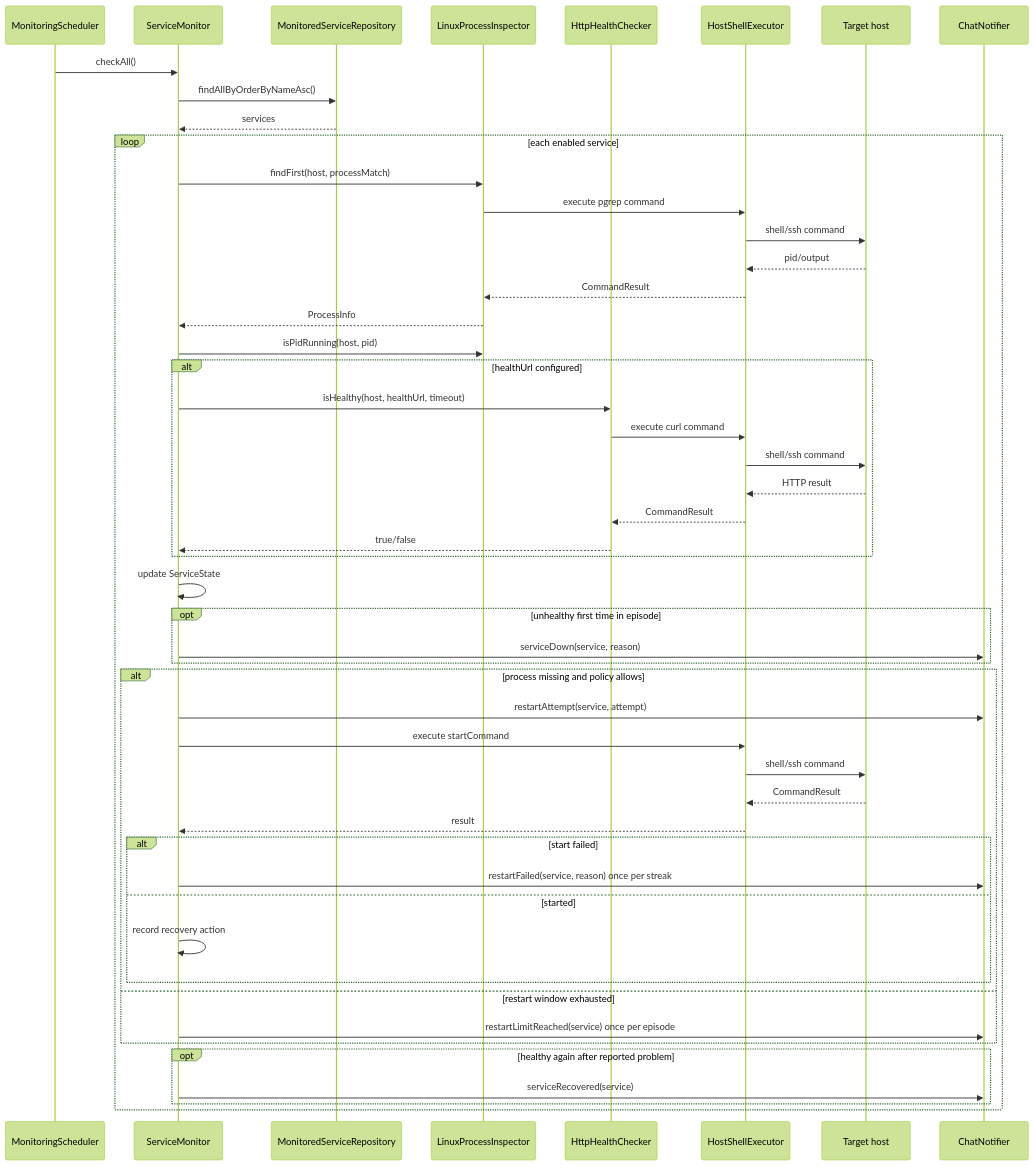
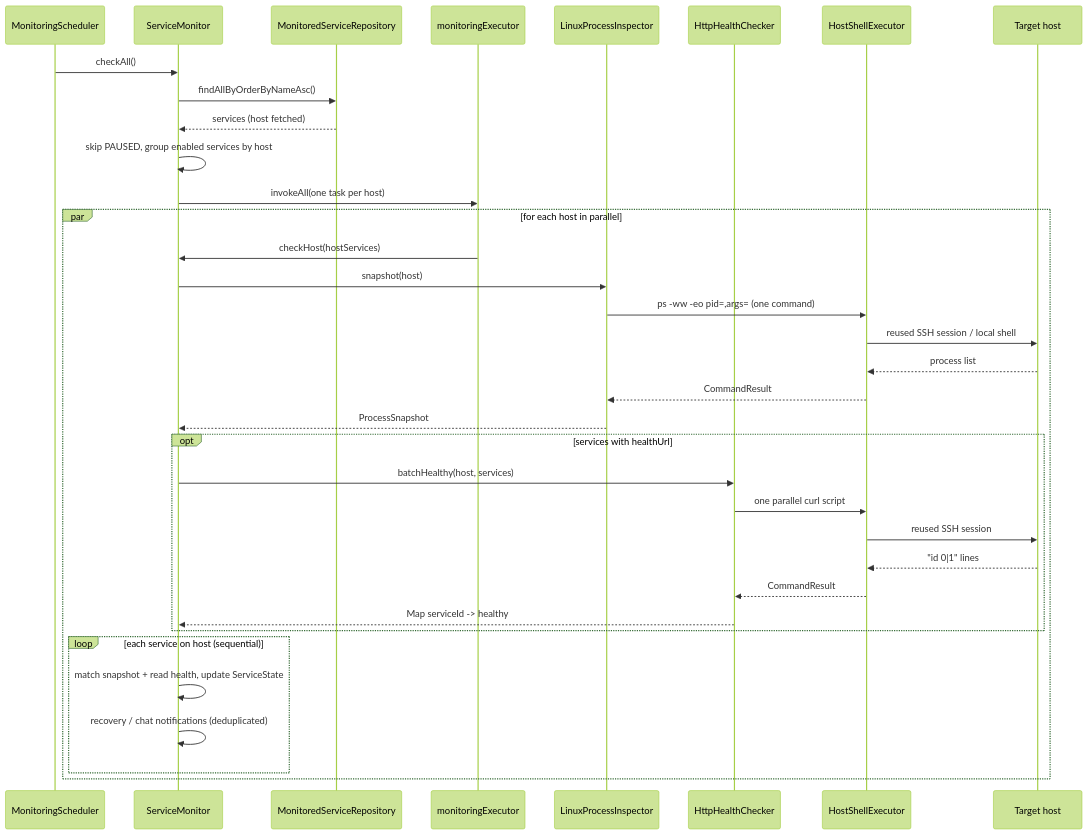
Before and after one commit to Keos99/host-guardian: the second of 5 diagrams in ARCHITECTURE_DESCRIPTION_RU.md, drawn with Mermaid (forest theme). The commit also changed other lines of this file and 17 other files, not shown here.

````diff
--- a/ARCHITECTURE_DESCRIPTION_RU.md
+++ b/ARCHITECTURE_DESCRIPTION_RU.md
@@ -252,53 +258,38 @@
 ```mermaid
 sequenceDiagram
     participant S as MonitoringScheduler
     participant M as ServiceMonitor
     participant R as MonitoredServiceRepository
+    participant X as monitoringExecutor
     participant P as LinuxProcessInspector
     participant H as HttpHealthChecker
     participant E as HostShellExecutor
     participant T as Target host
-    participant N as ChatNotifier
 
     S->>M: checkAll()
     M->>R: findAllByOrderByNameAsc()
-    R-->>M: services
-    loop each enabled service
-        M->>P: findFirst(host, processMatch)
-        P->>E: execute pgrep command
-        E->>T: shell/ssh command
-        T-->>E: pid/output
+    R-->>M: services (host fetched)
+    M->>M: skip PAUSED, group enabled services by host
+    M->>X: invokeAll(one task per host)
+    par for each host in parallel
+        X->>M: checkHost(hostServices)
+        M->>P: snapshot(host)
+        P->>E: ps -ww -eo pid=,args= (one command)
+        E->>T: reused SSH session / local shell
+        T-->>E: process list
         E-->>P: CommandResult
-        P-->>M: ProcessInfo
-        M->>P: isPidRunning(host, pid)
-        alt healthUrl configured
-            M->>H: isHealthy(host, healthUrl, timeout)
-            H->>E: execute curl command
-            E->>T: shell/ssh command
-            T-->>E: HTTP result
+        P-->>M: ProcessSnapshot
+        opt services with healthUrl
+            M->>H: batchHealthy(host, services)
+            H->>E: one parallel curl script
+            E->>T: reused SSH session
+            T-->>E: "id 0|1" lines
             E-->>H: CommandResult
-            H-->>M: true/false
+            H-->>M: Map serviceId -> healthy
         end
-        M->>M: update ServiceState
-        opt unhealthy first time in episode
-            M->>N: serviceDown(service, reason)
-        end
-        alt process missing and policy allows
-            M->>N: restartAttempt(service, attempt)
-            M->>E: execute startCommand
-            E->>T: shell/ssh command
-            T-->>E: CommandResult
-            E-->>M: result
-            alt start failed
-                M->>N: restartFailed(service, reason) once per streak
-            else started
-                M->>M: record recovery action
-            end
-        else restart window exhausted
-            M->>N: restartLimitReached(service) once per episode
-        end
-        opt healthy again after reported problem
-            M->>N: serviceRecovered(service)
+        loop each service on host (sequential)
+            M->>M: match snapshot + read health, update ServiceState
+            M->>M: recovery / chat notifications (deduplicated)
         end
     end
 ```
````
